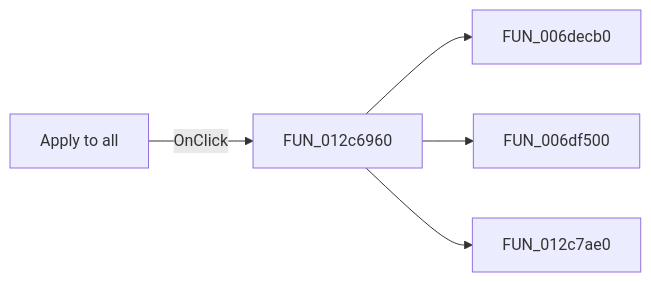
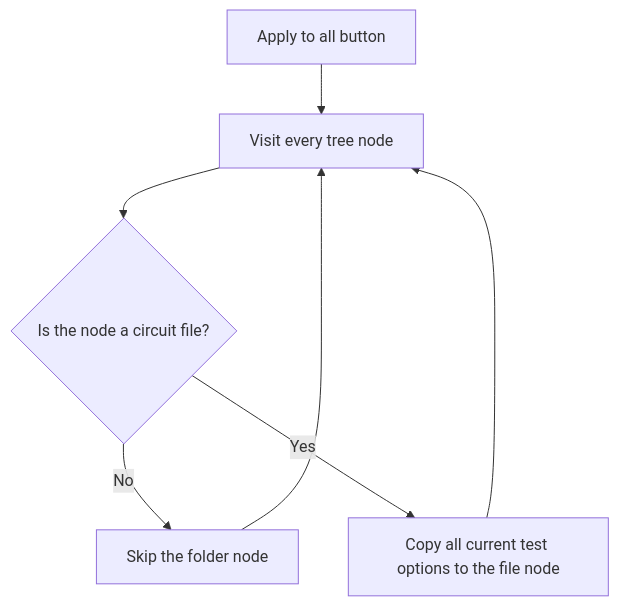
Before and after one commit to MovGP0/TIARA: the diagram in docs/ui-controls/frmtestbencheditor/btnapplyall-70bdc59031.md, drawn with Mermaid. The commit also changed other lines of this file and 387 other files, not shown here.

````diff
--- a/docs/ui-controls/frmtestbencheditor/btnapplyall-70bdc59031.md
+++ b/docs/ui-controls/frmtestbencheditor/btnapplyall-70bdc59031.md
@@ -27,7 +19,9 @@
 ```mermaid
-flowchart LR
-    control["Apply to all"] -->|OnClick| handler["FUN_012c6960"]
-    handler --> call1["FUN_006decb0"]
-    handler --> call2["FUN_006df500"]
-    handler --> call3["FUN_012c7ae0"]
+flowchart TD
+    control["Apply to all button"] --> iterate["Visit every tree node"]
+    iterate --> file{"Is the node a circuit file?"}
+    file -->|No| skip["Skip the folder node"]
+    file -->|Yes| apply["Copy all current test options to the file node"]
+    skip --> iterate
+    apply --> iterate
 ```
````
